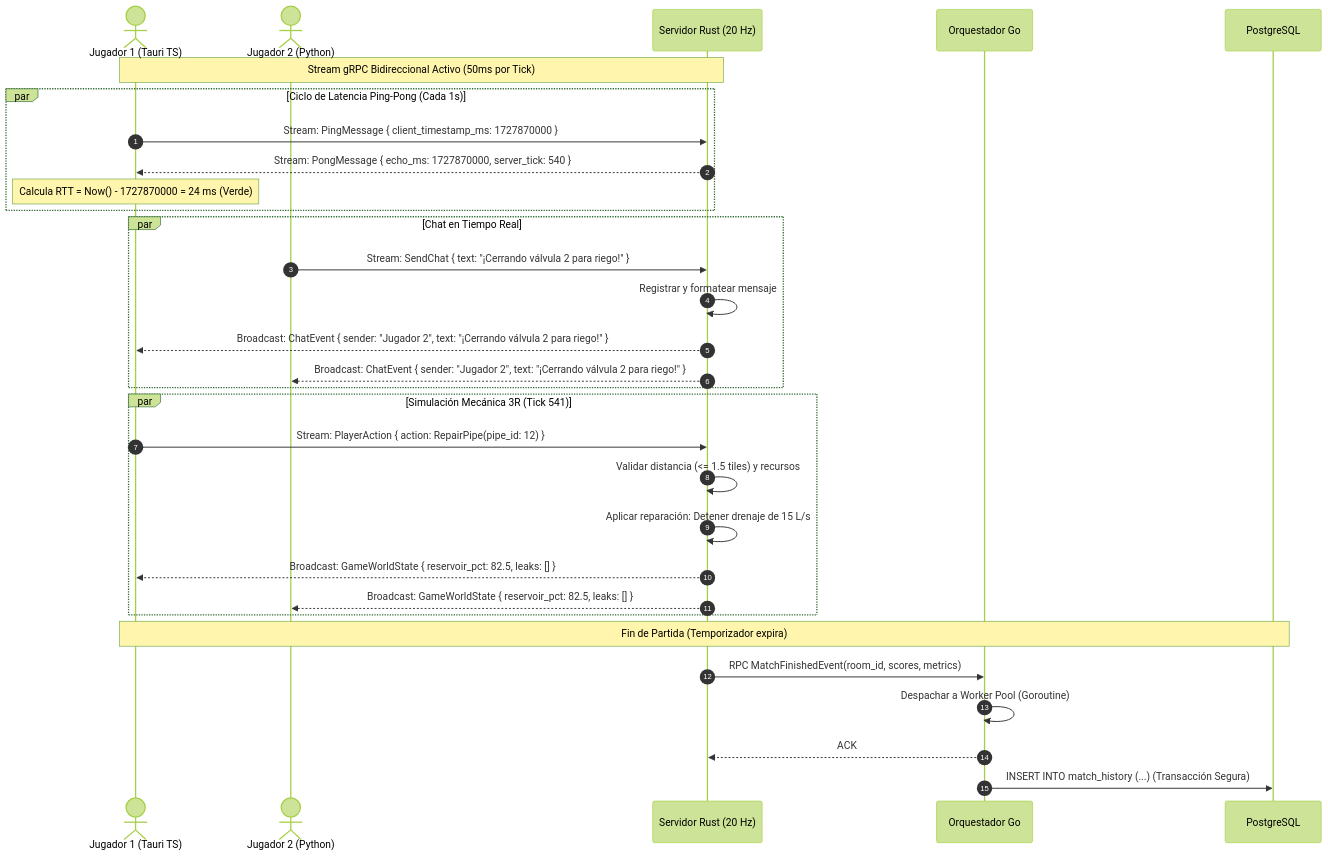
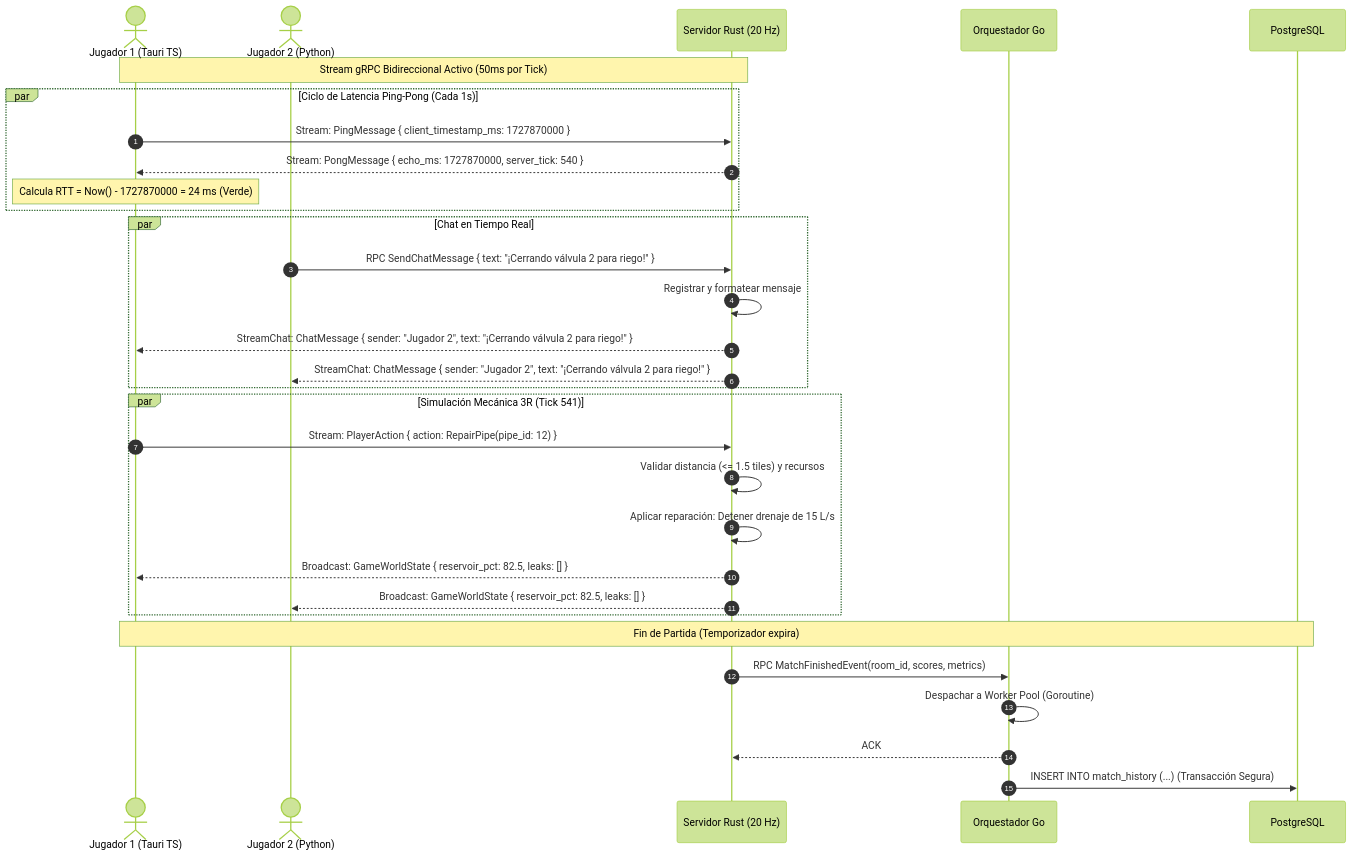
One commit to emiliofalconi/ecostream-3r changed the fourth of 6 diagrams in docs/ARQUITECTURA_FLUJOS_Y_UML.md. Above: the diagram before and after it, drawn with Mermaid (forest theme). The commit also changed other lines of this file and 2 other files, not shown here.

Commit message:
docs: unificar punto de entrada (DNS + LB cliente), cola acotada, Redis como cache, gracia 10s y contratos en planificacion, UML y gateways

````diff
--- a/docs/ARQUITECTURA_FLUJOS_Y_UML.md
+++ b/docs/ARQUITECTURA_FLUJOS_Y_UML.md
@@ -368,38 +366,38 @@
 ```mermaid
 sequenceDiagram
     autonumber
     actor Player1 as Jugador 1 (Tauri TS)
     actor Player2 as Jugador 2 (Python)
     participant Rust as Servidor Rust (20 Hz)
     participant Go as Orquestador Go
     participant DB as PostgreSQL
 
     Note over Player1,Rust: Stream gRPC Bidireccional Activo (50ms por Tick)
     
     par Ciclo de Latencia Ping-Pong (Cada 1s)
         Player1->>Rust: Stream: PingMessage { client_timestamp_ms: 1727870000 }
         Rust-->>Player1: Stream: PongMessage { echo_ms: 1727870000, server_tick: 540 }
         Note over Player1: Calcula RTT = Now() - 1727870000 = 24 ms (Verde)
     end
 
     par Chat en Tiempo Real
-        Player2->>Rust: Stream: SendChat { text: "¡Cerrando válvula 2 para riego!" }
+        Player2->>Rust: RPC SendChatMessage { text: "¡Cerrando válvula 2 para riego!" }
         Rust->>Rust: Registrar y formatear mensaje
-        Rust-->>Player1: Broadcast: ChatEvent { sender: "Jugador 2", text: "¡Cerrando válvula 2 para riego!" }
-        Rust-->>Player2: Broadcast: ChatEvent { sender: "Jugador 2", text: "¡Cerrando válvula 2 para riego!" }
+        Rust-->>Player1: StreamChat: ChatMessage { sender: "Jugador 2", text: "¡Cerrando válvula 2 para riego!" }
+        Rust-->>Player2: StreamChat: ChatMessage { sender: "Jugador 2", text: "¡Cerrando válvula 2 para riego!" }
     end
 
     par Simulación Mecánica 3R (Tick 541)
         Player1->>Rust: Stream: PlayerAction { action: RepairPipe(pipe_id: 12) }
         Rust->>Rust: Validar distancia (<= 1.5 tiles) y recursos
         Rust->>Rust: Aplicar reparación: Detener drenaje de 15 L/s
         Rust-->>Player1: Broadcast: GameWorldState { reservoir_pct: 82.5, leaks: [] }
         Rust-->>Player2: Broadcast: GameWorldState { reservoir_pct: 82.5, leaks: [] }
     end
 
     Note over Player1,DB: Fin de Partida (Temporizador expira)
     Rust->>Go: RPC MatchFinishedEvent(room_id, scores, metrics)
     Go->>Go: Despachar a Worker Pool (Goroutine)
     Go-->>Rust: ACK
     Go->>DB: INSERT INTO match_history (...) (Transacción Segura)
 ```
````
